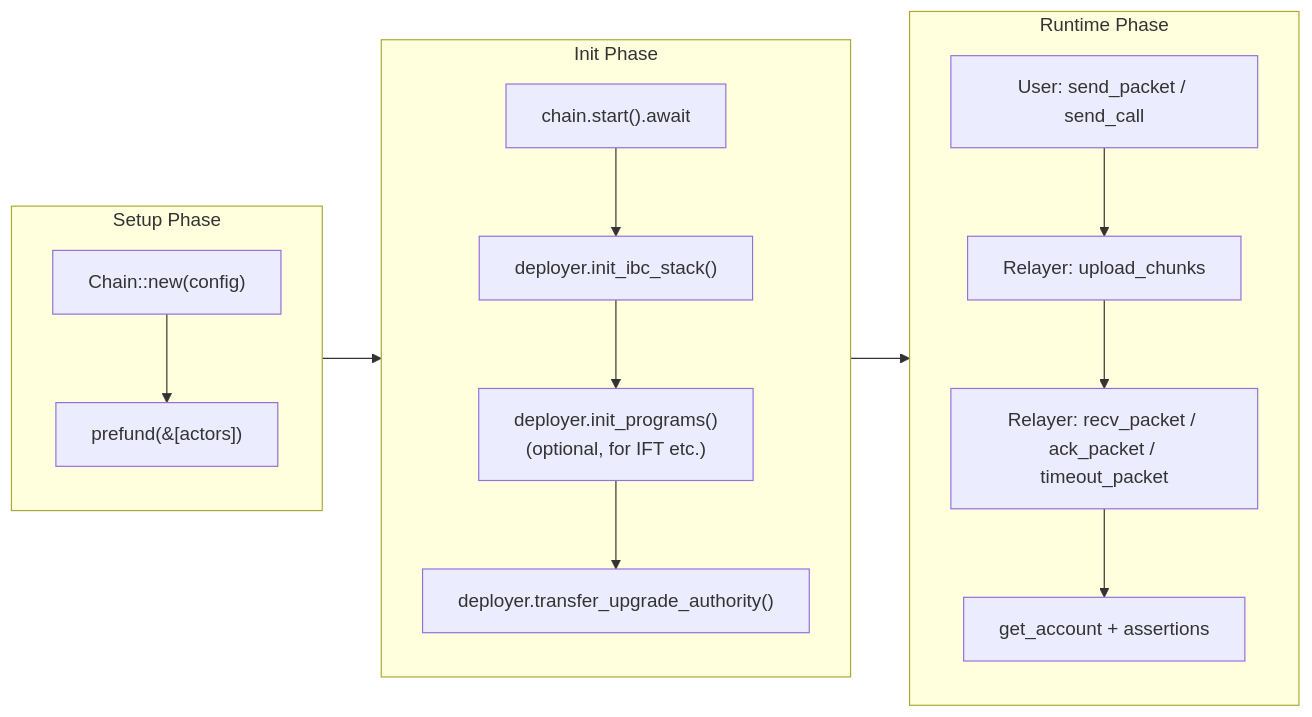
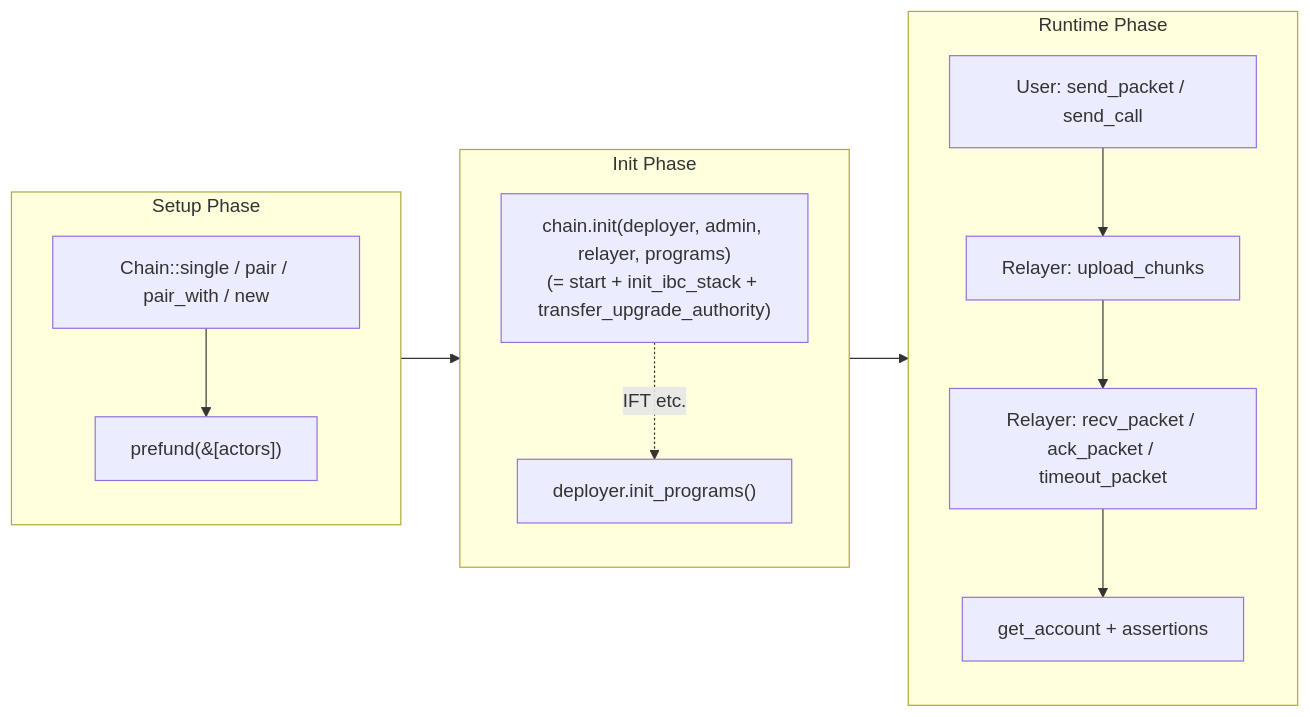
One commit to cosmos/solidity-ibc-eureka changed the second of 8 diagrams in programs/solana/integration-tests/README.md. Above: the diagram before and after it, drawn with Mermaid. The commit also changed other lines of this file, not shown here.

````diff
--- a/programs/solana/integration-tests/README.md
+++ b/programs/solana/integration-tests/README.md
@@ -58,23 +58,22 @@
 ```mermaid
 flowchart LR
     subgraph Setup["Setup Phase"]
         direction TB
-        New["Chain::new(config)"] --> Prefund["prefund(&[actors])"]
+        New["Chain::single / pair / pair_with / new"] --> Prefund["prefund(&[actors])"]
     end
 
     subgraph Init["Init Phase"]
         direction TB
-        Start["chain.start().await"] --> InitProg["deployer.init_ibc_stack()"]
-        InitProg --> InitApp["deployer.init_programs()\n(optional, for IFT etc.)"]
-        InitApp --> XferAuth["deployer.transfer_upgrade_authority()"]
+        ChainInit["chain.init(deployer, admin, relayer, programs)\n(= start + init_ibc_stack + transfer_upgrade_authority)"]
+        ChainInit -.->|IFT etc.| InitApp["deployer.init_programs()"]
     end
 
     subgraph Runtime["Runtime Phase"]
         direction TB
         Send["User: send_packet / send_call"] --> Upload["Relayer: upload_chunks"]
         Upload --> Deliver["Relayer: recv_packet / ack_packet / timeout_packet"]
         Deliver --> Verify["get_account + assertions"]
     end
 
     Setup --> Init --> Runtime
 ```
````
